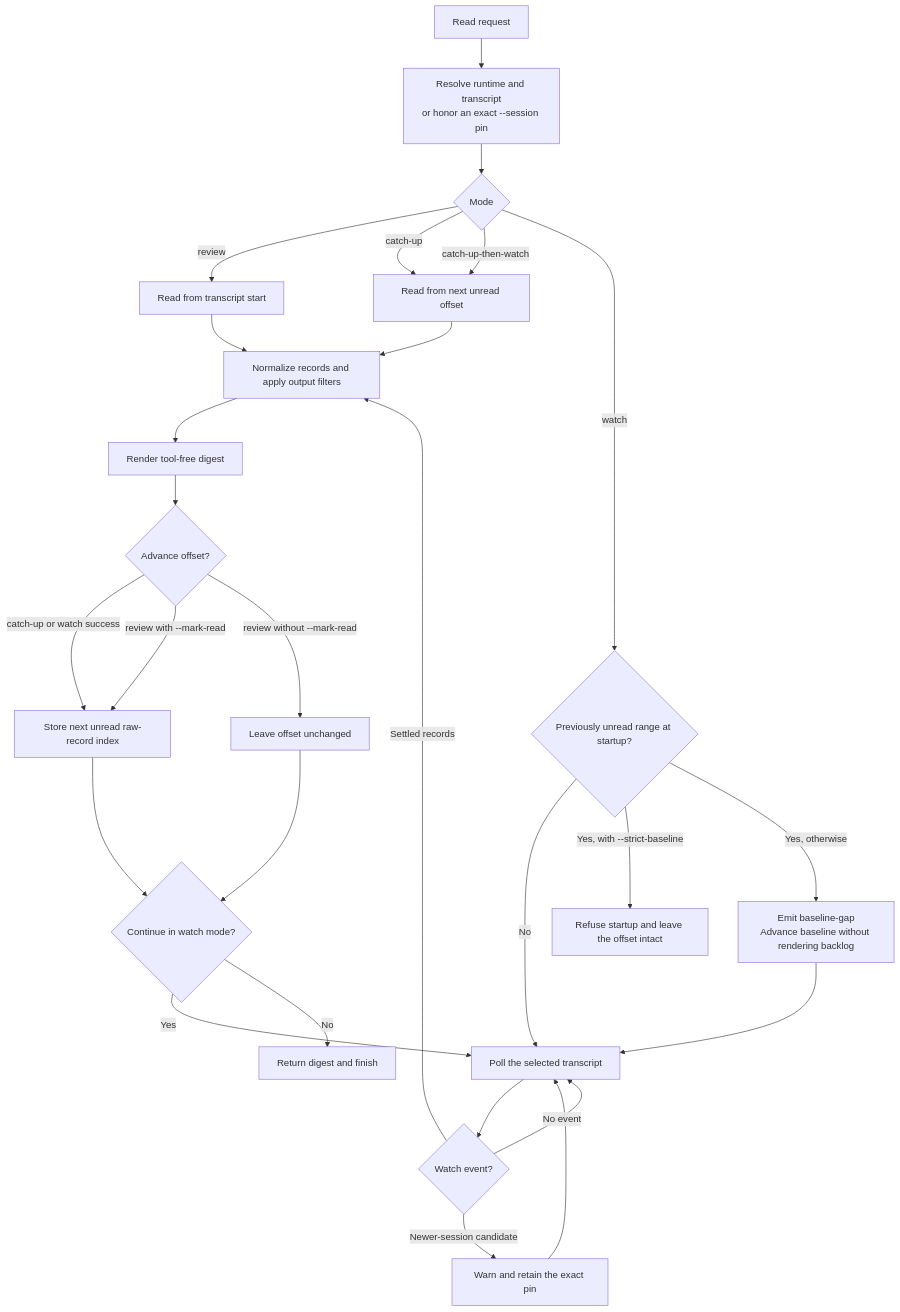
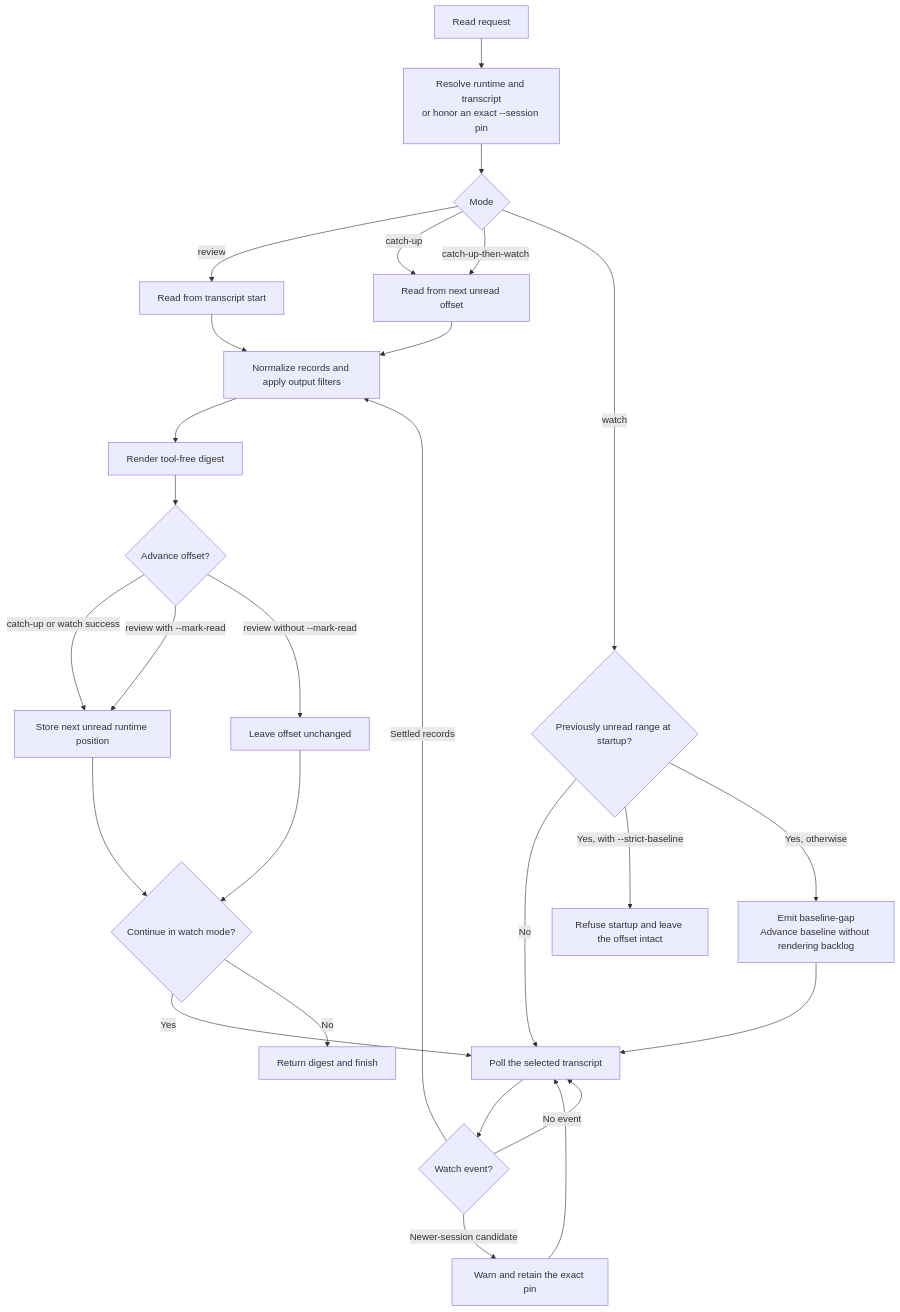
One commit to tkstang/skills changed the diagram in documentation/docs/user-guide/skills/session-observer.md. Above: the diagram before and after it, drawn with Mermaid. The commit also changed other lines of this file and 116 other files, not shown here.

````diff
--- a/documentation/docs/user-guide/skills/session-observer.md
+++ b/documentation/docs/user-guide/skills/session-observer.md
@@ -53,29 +58,29 @@
 ```mermaid
 flowchart TD
   S[Read request] --> R["Resolve runtime and transcript<br/>or honor an exact --session pin"]
   R --> M{Mode}
   M -- review --> F[Read from transcript start]
   M -- catch-up --> U[Read from next unread offset]
   M -- catch-up-then-watch --> U
   M -- watch --> B{Previously unread range at startup?}
   B -->|No| W[Poll the selected transcript]
   B -->|"Yes, with --strict-baseline"| Q[Refuse startup and leave the offset intact]
   B -->|"Yes, otherwise"| G["Emit baseline-gap<br/>Advance baseline without rendering backlog"]
   G --> W
   F --> N[Normalize records and apply output filters]
   U --> N
   W --> K{Watch event?}
   K -- Settled records --> N
   K -- Newer-session candidate --> Y[Warn and retain the exact pin]
   Y --> W
   K -- No event --> W
   N --> D[Render tool-free digest]
   D --> A{Advance offset?}
-  A -- catch-up or watch success --> O[Store next unread raw-record index]
+  A -- catch-up or watch success --> O[Store next unread runtime position]
   A -->|"review with --mark-read"| O
   A -->|"review without --mark-read"| Z[Leave offset unchanged]
   O --> T{Continue in watch mode?}
   Z --> T
   T -- Yes --> W
   T -- No --> X[Return digest and finish]
 ```
````
